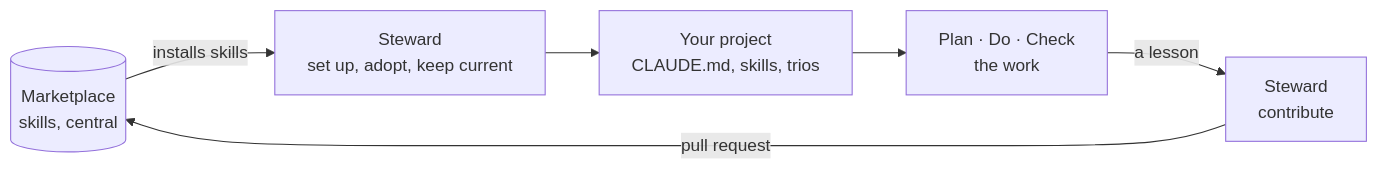
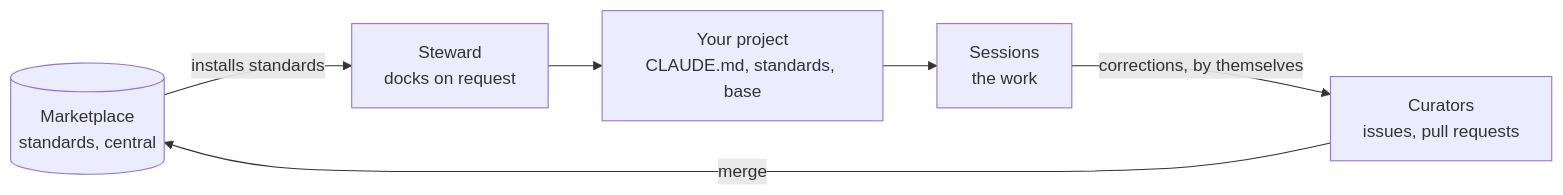
Before and after one commit to colla69/personal-claude-plugin-marketplace: the diagram in README.md, drawn with Mermaid. The commit also changed other lines of this file and 121 other files, not shown here.

First line of the commit message:
Rebuild the steward as three plugins: steward, base and curator

````diff
--- a/README.md
+++ b/README.md
@@ -14,10 +15,10 @@
 ```mermaid
 flowchart LR
-    M[("Marketplace<br/>skills, central")]
-    S1["Steward<br/>set up, adopt, keep current"]
-    P["Your project<br/>CLAUDE.md, skills, trios"]
-    T["Plan · Do · Check<br/>the work"]
-    S2["Steward<br/>contribute"]
-    M -->|installs skills| S1 --> P --> T
-    T -->|a lesson| S2 -->|pull request| M
+    M[("Marketplace<br/>standards, central")]
+    S["Steward<br/>docks on request"]
+    P["Your project<br/>CLAUDE.md, standards, base"]
+    W["Sessions<br/>the work"]
+    C["Curators<br/>issues, pull requests"]
+    M -->|installs standards| S --> P --> W
+    W -->|corrections, by themselves| C -->|merge| M
 ```
````
